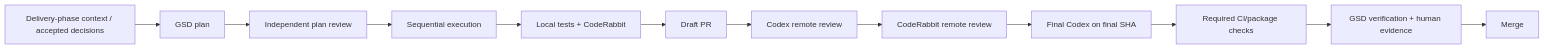
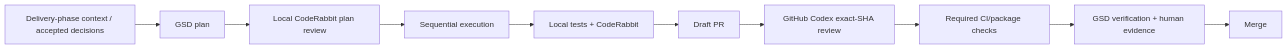
The first of 2 diagrams in docs/plans/uzel-product-incubation-v4-2026-08-10/04-DELIVERY-QUALITY.md (jodobear/uzel), drawn with Mermaid before and after one commit. The commit also changed other lines of this file and 20 other files, not shown here.

Commit message:
docs: restrict review flow to CodeRabbit and GitHub Codex

````diff
--- a/docs/plans/uzel-product-incubation-v4-2026-08-10/04-DELIVERY-QUALITY.md
+++ b/docs/plans/uzel-product-incubation-v4-2026-08-10/04-DELIVERY-QUALITY.md
@@ -52,17 +52,15 @@
 ```mermaid
 flowchart LR
     C[Delivery-phase context / accepted decisions]
     P[GSD plan]
-    R[Independent plan review]
+    R[Local CodeRabbit plan review]
     X[Sequential execution]
     L[Local tests + CodeRabbit]
     PR[Draft PR]
-    CX[Codex remote review]
-    CR[CodeRabbit remote review]
-    FC[Final Codex on final SHA]
+    CX[GitHub Codex exact-SHA review]
     CI[Required CI/package checks]
     V[GSD verification + human evidence]
     M[Merge]
 
-    C --> P --> R --> X --> L --> PR --> CX --> CR --> FC --> CI --> V --> M
+    C --> P --> R --> X --> L --> PR --> CX --> CI --> V --> M
 ```
````
